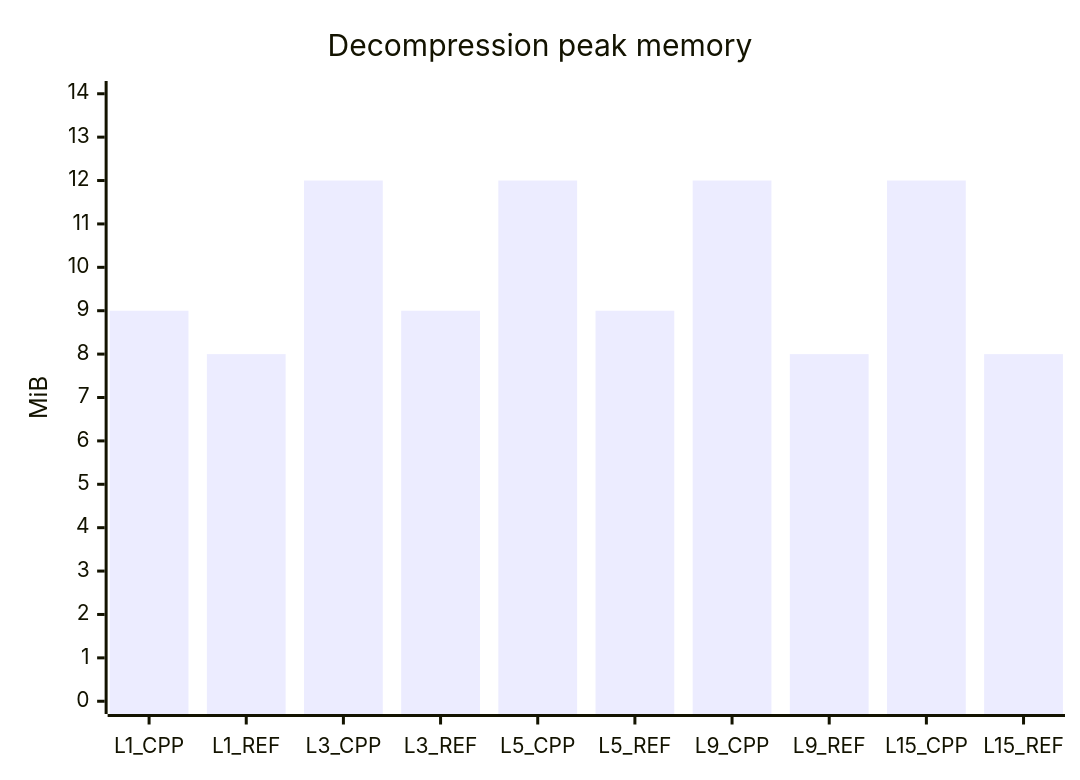
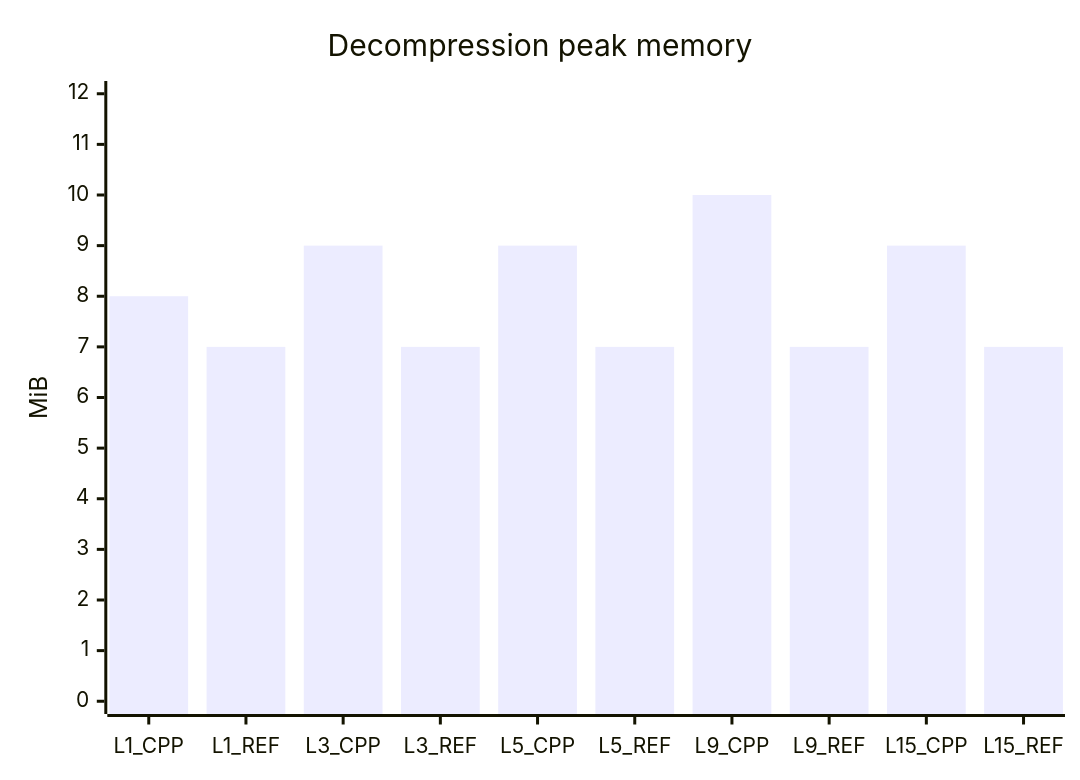
The sixth of 7 diagrams in README.md (mheyman/zstdpp), drawn with Mermaid before and after one commit. The commit also changed other lines of this file, not shown here.

````diff
--- a/README.md
+++ b/README.md
@@ -186,7 +186,7 @@
 ```mermaid
 xychart-beta
     title "Decompression peak memory"
     x-axis [L1_CPP, L1_REF, L3_CPP, L3_REF, L5_CPP, L5_REF, L9_CPP, L9_REF, L15_CPP, L15_REF]
-    y-axis "MiB" 0 --> 14
-    bar [9, 8, 12, 9, 12, 9, 12, 8, 12, 8]
+    y-axis "MiB" 0 --> 12
+    bar [8, 7, 9, 7, 9, 7, 10, 7, 9, 7]
 ```
````
